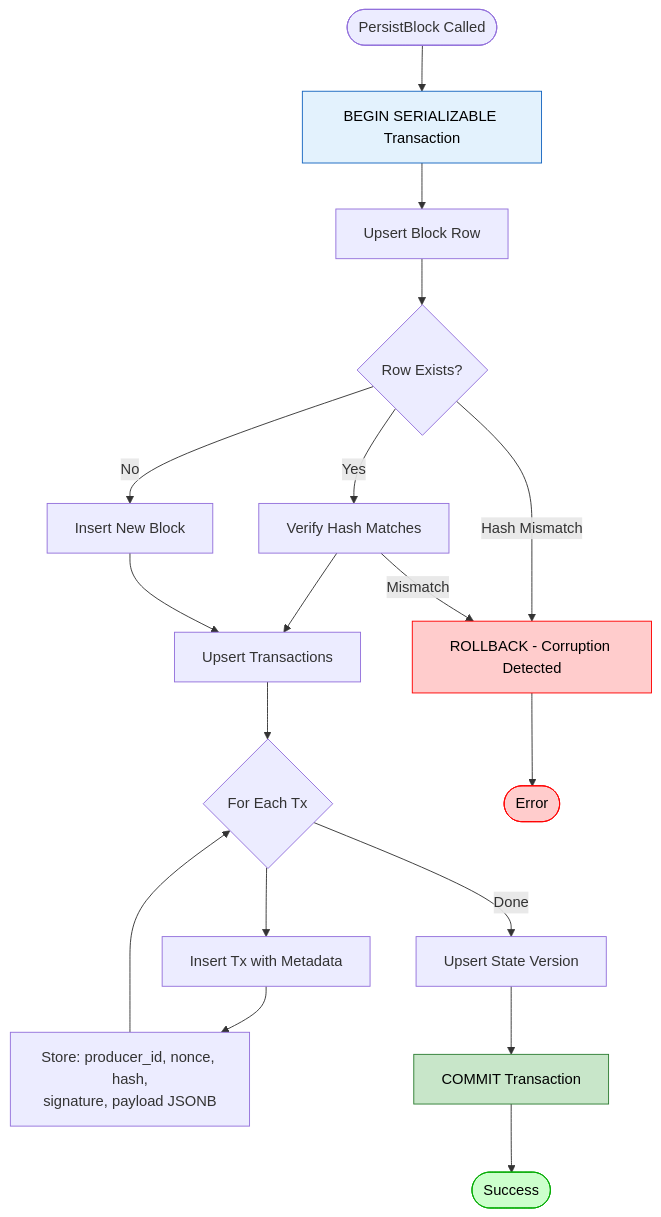
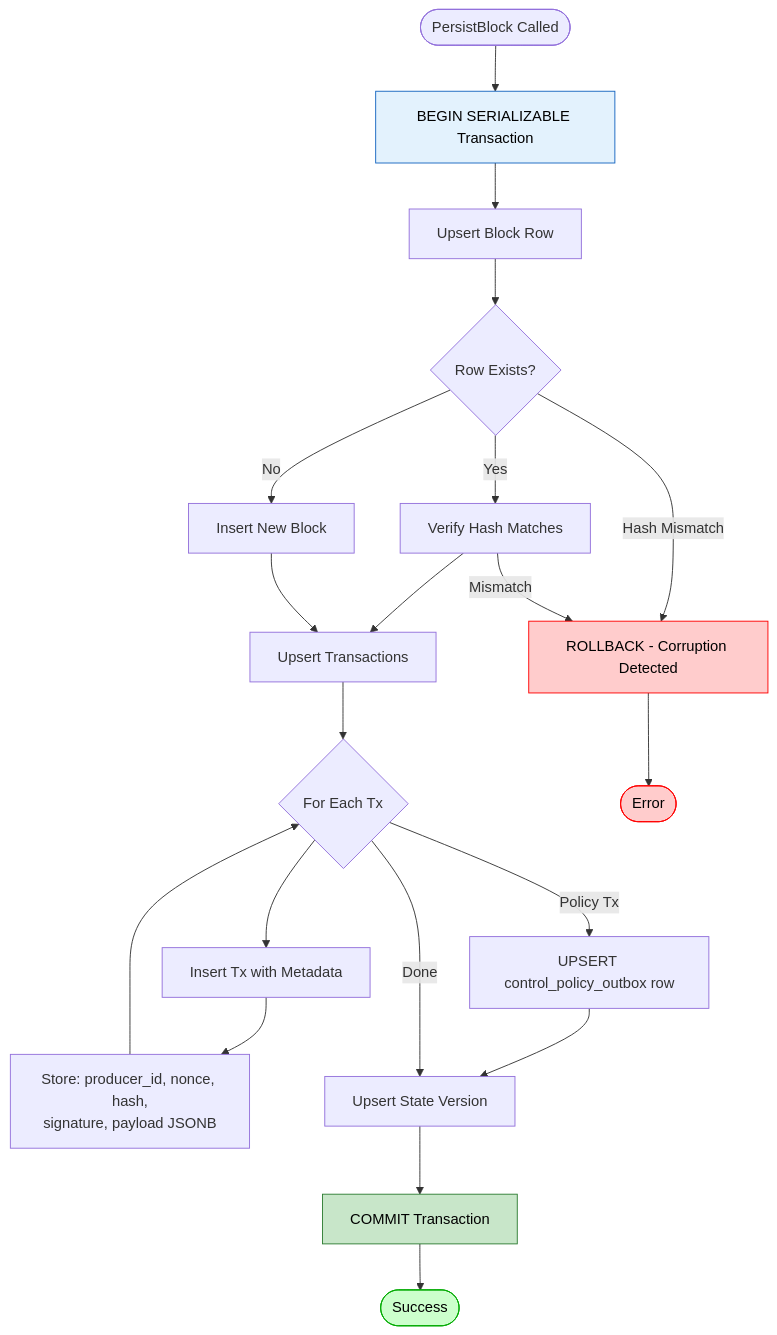
Before and after one commit to EveShark/CyberMesh: the diagram in docs/architecture/08_cockroach_persistence.md, drawn with Mermaid. The commit also changed other lines of this file and 13 other files, not shown here.

Commit message:
Update architecture and design documentation

````diff
--- a/docs/architecture/08_cockroach_persistence.md
+++ b/docs/architecture/08_cockroach_persistence.md
@@ -87,33 +95,35 @@
 ```mermaid
 flowchart TD
     Start([PersistBlock Called]) --> Begin[BEGIN SERIALIZABLE Transaction]
     
     Begin --> Upsert1[Upsert Block Row]
     Upsert1 --> Check1{Row Exists?}
     
     Check1 -- Yes --> Verify1[Verify Hash Matches]
     Check1 -- No --> Insert1[Insert New Block]
     
     Verify1 --> Upsert2[Upsert Transactions]
     Insert1 --> Upsert2
     
     Upsert2 --> Loop{For Each Tx}
     Loop --> Insert2[Insert Tx with Metadata]
     Insert2 --> Store[Store: producer_id, nonce, hash,<br/>signature, payload JSONB]
     Store --> Loop
+    Loop -- Policy Tx --> Outbox[UPSERT control_policy_outbox row]
+    Outbox --> Upsert3
     
     Loop -- Done --> Upsert3[Upsert State Version]
     Upsert3 --> Commit[COMMIT Transaction]
     
     Commit --> Success([Success])
     
     Check1 -- Hash Mismatch --> Fail
     Verify1 -- Mismatch --> Fail[ROLLBACK - Corruption Detected]
     Fail --> Error([Error])
     
     style Begin fill:#e3f2fd,stroke:#1565c0,color:#000;
     style Commit fill:#c8e6c9,stroke:#2e7d32,color:#000;
     style Fail fill:#ffcccc,stroke:#ff0000,color:#000;
     style Success fill:#ccffcc,stroke:#00aa00,color:#000;
     style Error fill:#ffcccc,stroke:#ff0000,color:#000;
 ```
````
